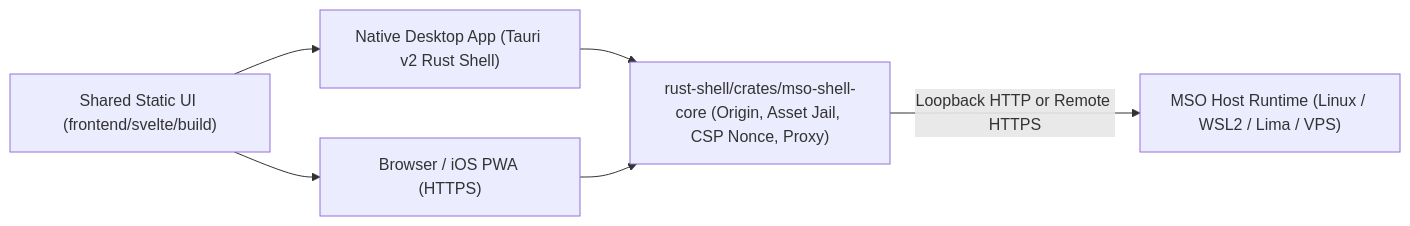
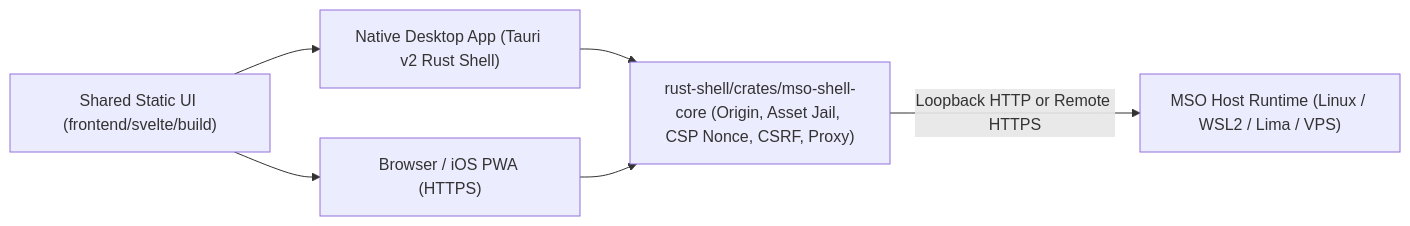
One commit to rahmanef63/mso changed the diagram in docs/RUST-SHELL-PLAN.md. Above: the diagram before and after it, drawn with Mermaid. The commit also changed other lines of this file and 20 other files, not shown here.

Commit message:
feat(hybrid): implement Increment 2A auth/devices in Svelte and Stage R2A CSRF/proxy in Rust shell

````diff
--- a/docs/RUST-SHELL-PLAN.md
+++ b/docs/RUST-SHELL-PLAN.md
@@ -28,14 +61,14 @@
 ```mermaid
 flowchart LR
   UI["Shared Static UI (frontend/svelte/build)"]
   Web["Browser / iOS PWA (HTTPS)"]
   Desktop["Native Desktop App (Tauri v2 Rust Shell)"]
-  Core["rust-shell/crates/mso-shell-core (Origin, Asset Jail, CSP Nonce, Proxy)"]
+  Core["rust-shell/crates/mso-shell-core (Origin, Asset Jail, CSP Nonce, CSRF, Proxy)"]
   Host["MSO Host Runtime (Linux / WSL2 / Lima / VPS)"]
 
   UI --> Web
   UI --> Desktop
   Desktop --> Core
   Web --> Core
   Core -->|"Loopback HTTP or Remote HTTPS"| Host
 ```
````
